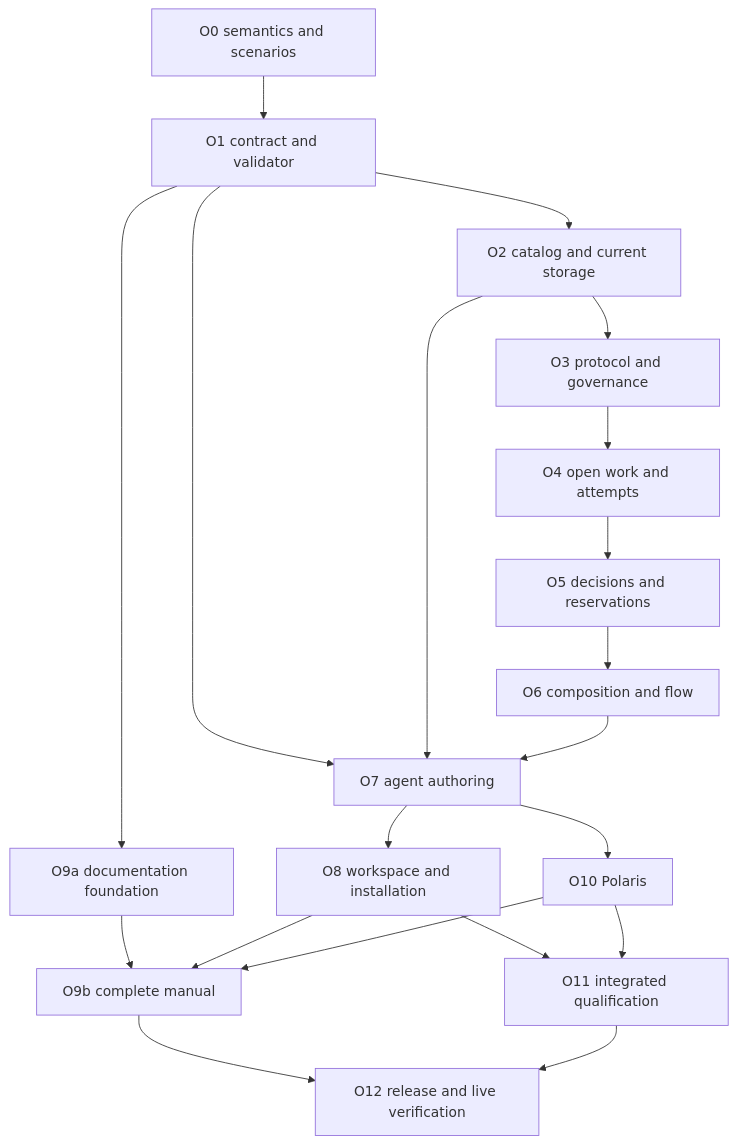
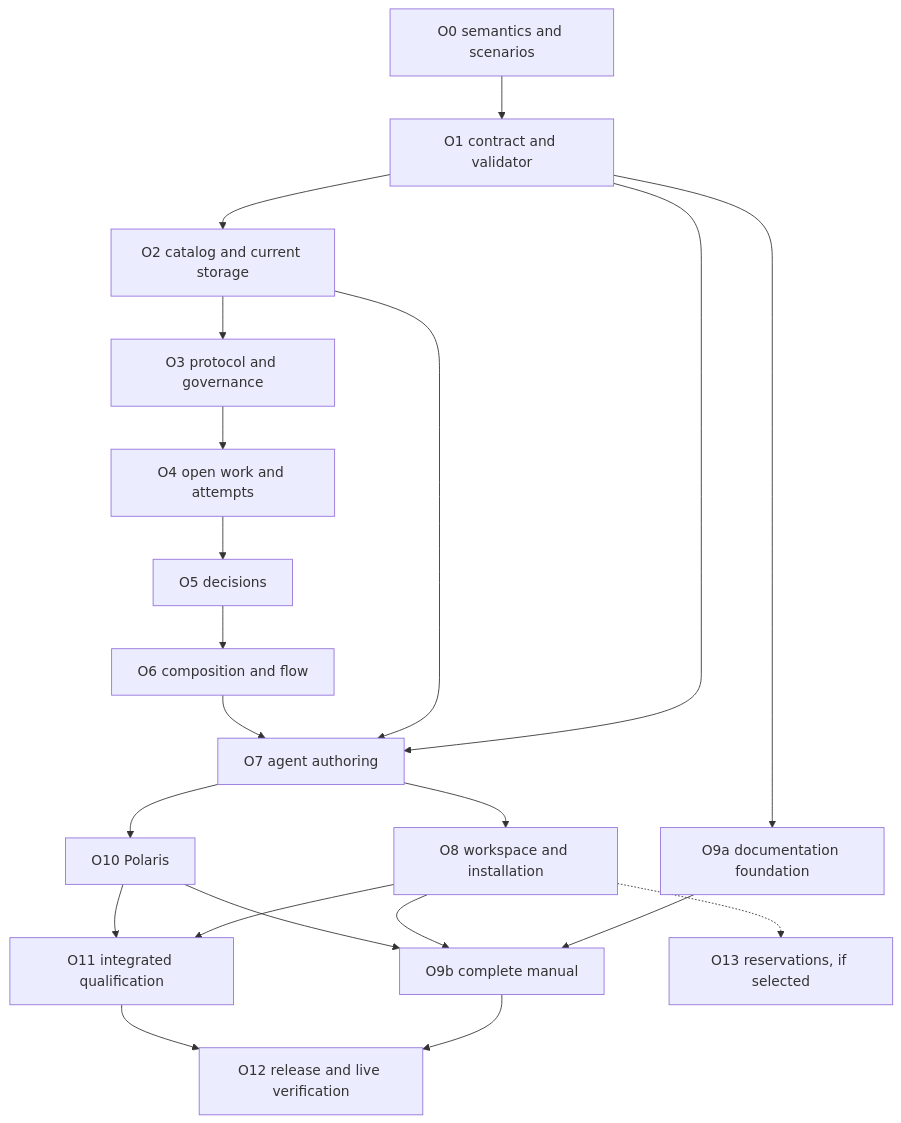
One commit to andsav/locust.farm changed the diagram in docs/organization-blueprints-implementation-plan.md. Above: the diagram before and after it, drawn with Mermaid. The commit also changed other lines of this file, not shown here.

````diff
--- a/docs/organization-blueprints-implementation-plan.md
+++ b/docs/organization-blueprints-implementation-plan.md
@@ -291,22 +324,23 @@
 ```mermaid
 flowchart TD
     O0[O0 semantics and scenarios] --> O1[O1 contract and validator]
     O1 --> O2[O2 catalog and current storage]
     O2 --> O3[O3 protocol and governance]
     O3 --> O4[O4 open work and attempts]
-    O4 --> O5[O5 decisions and reservations]
+    O4 --> O5[O5 decisions]
     O5 --> O6[O6 composition and flow]
     O1 --> O7[O7 agent authoring]
     O2 --> O7
     O6 --> O7
     O7 --> O8[O8 workspace and installation]
     O1 --> O9a[O9a documentation foundation]
     O9a --> O9b[O9b complete manual]
     O8 --> O9b
     O7 --> O10[O10 Polaris]
     O10 --> O9b
     O8 --> O11[O11 integrated qualification]
     O10 --> O11
     O9b --> O12[O12 release and live verification]
     O11 --> O12
+    O8 -.-> O13[O13 reservations, if selected]
 ```
````
